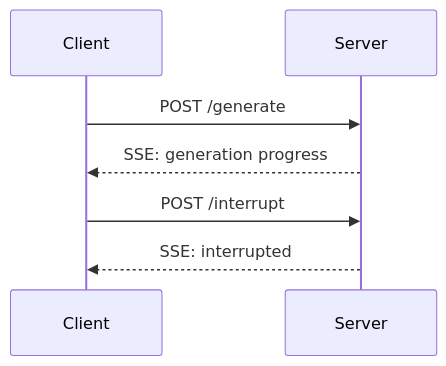
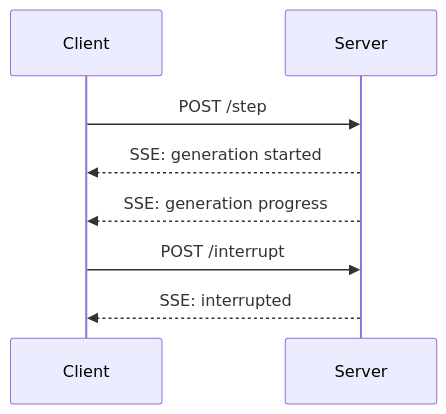
One commit to ErikBjare/gptme changed the second of 4 diagrams in server-api-improvements.md. Above: the diagram before and after it, drawn with Mermaid. The commit also changed other lines of this file, not shown here.

Commit message:
fix: updated server-api-improvements.md doc

````diff
--- a/server-api-improvements.md
+++ b/server-api-improvements.md
@@ -116,7 +119,8 @@
 ```mermaid
 sequenceDiagram
-    Client->>Server: POST /generate
+    Client->>Server: POST /step
+    Server-->>Client: SSE: generation started
     Server-->>Client: SSE: generation progress
     Client->>Server: POST /interrupt
     Server-->>Client: SSE: interrupted
 ```
````
